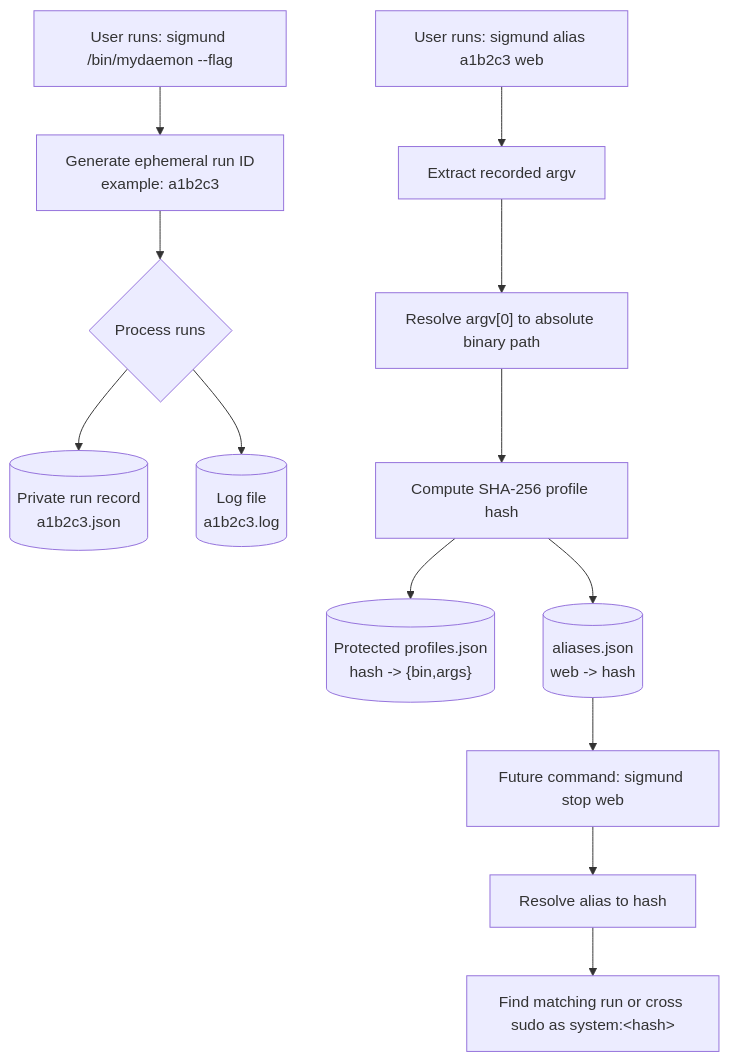
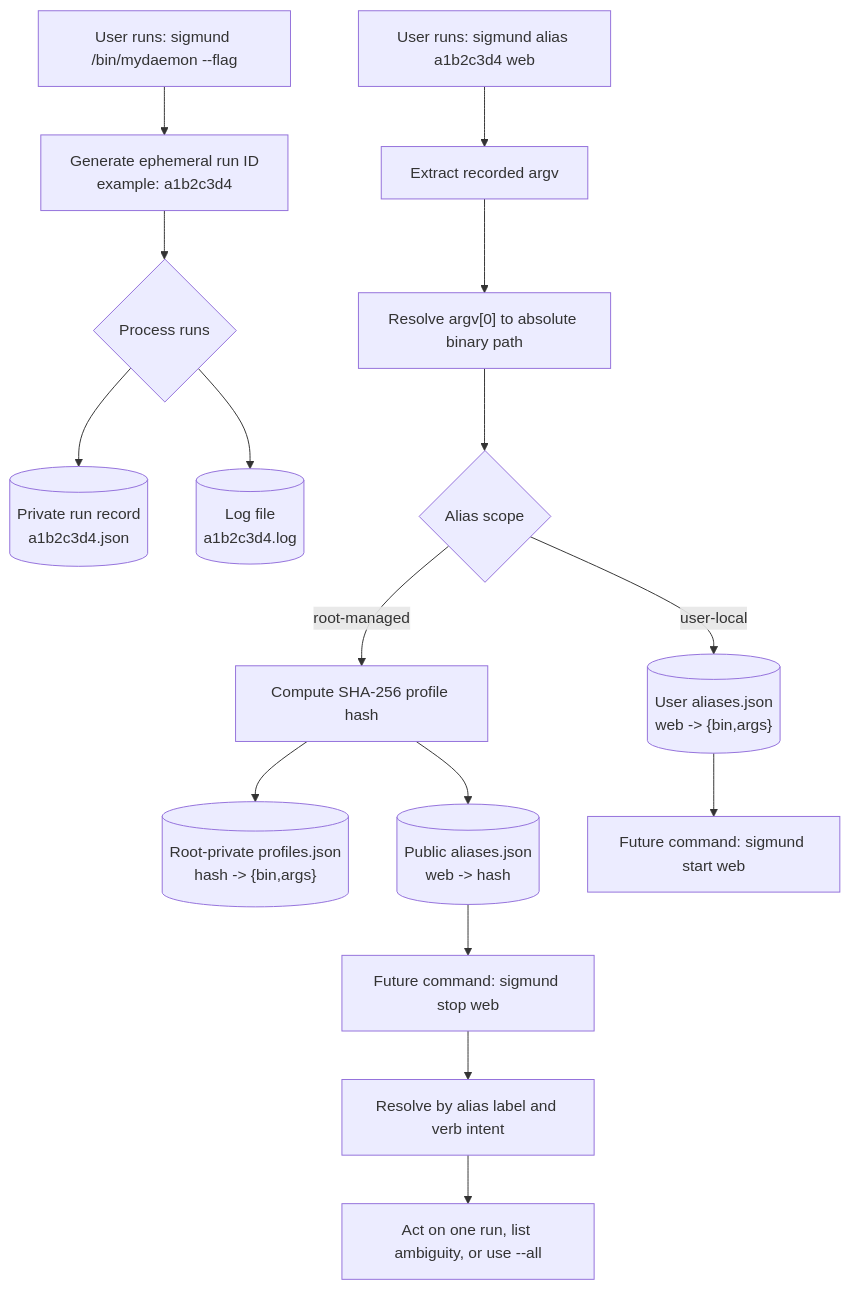
One commit to RchGrav/onhold changed the first of 4 diagrams in README.md. Above: the diagram before and after it, drawn with Mermaid. The commit also changed other lines of this file and 4 other files, not shown here.

Commit message:
Implement alias intent resolution for 0.3.0

````diff
--- a/README.md
+++ b/README.md
@@ -75,17 +75,20 @@
 ```mermaid
 flowchart TD
-    A["User runs: sigmund /bin/mydaemon --flag"] --> B["Generate ephemeral run ID<br/>example: a1b2c3"]
+    A["User runs: sigmund /bin/mydaemon --flag"] --> B["Generate ephemeral run ID<br/>example: a1b2c3d4"]
     B --> C{"Process runs"}
-    C --> D[("Private run record<br/>a1b2c3.json")]
-    C --> E[("Log file<br/>a1b2c3.log")]
+    C --> D[("Private run record<br/>a1b2c3d4.json")]
+    C --> E[("Log file<br/>a1b2c3d4.log")]
 
-    F["User runs: sigmund alias a1b2c3 web"] --> G["Extract recorded argv"]
+    F["User runs: sigmund alias a1b2c3d4 web"] --> G["Extract recorded argv"]
     G --> H["Resolve argv[0] to absolute binary path"]
-    H --> I["Compute SHA-256 profile hash"]
-    I --> J[("Protected profiles.json<br/>hash -> {bin,args}")]
-    I --> K[("aliases.json<br/>web -> hash")]
+    H --> I{"Alias scope"}
+    I -->|"user-local"| J[("User aliases.json<br/>web -> {bin,args}")]
+    I -->|"root-managed"| K["Compute SHA-256 profile hash"]
+    K --> L[("Root-private profiles.json<br/>hash -> {bin,args}")]
+    K --> M[("Public aliases.json<br/>web -> hash")]
 
-    K --> L["Future command: sigmund stop web"]
-    L --> M["Resolve alias to hash"]
-    M --> N["Find matching run or cross sudo as system:&lt;hash&gt;"]
+    J --> N["Future command: sigmund start web"]
+    M --> O["Future command: sigmund stop web"]
+    O --> P["Resolve by alias label and verb intent"]
+    P --> Q["Act on one run, list ambiguity, or use --all"]
 ```
````
